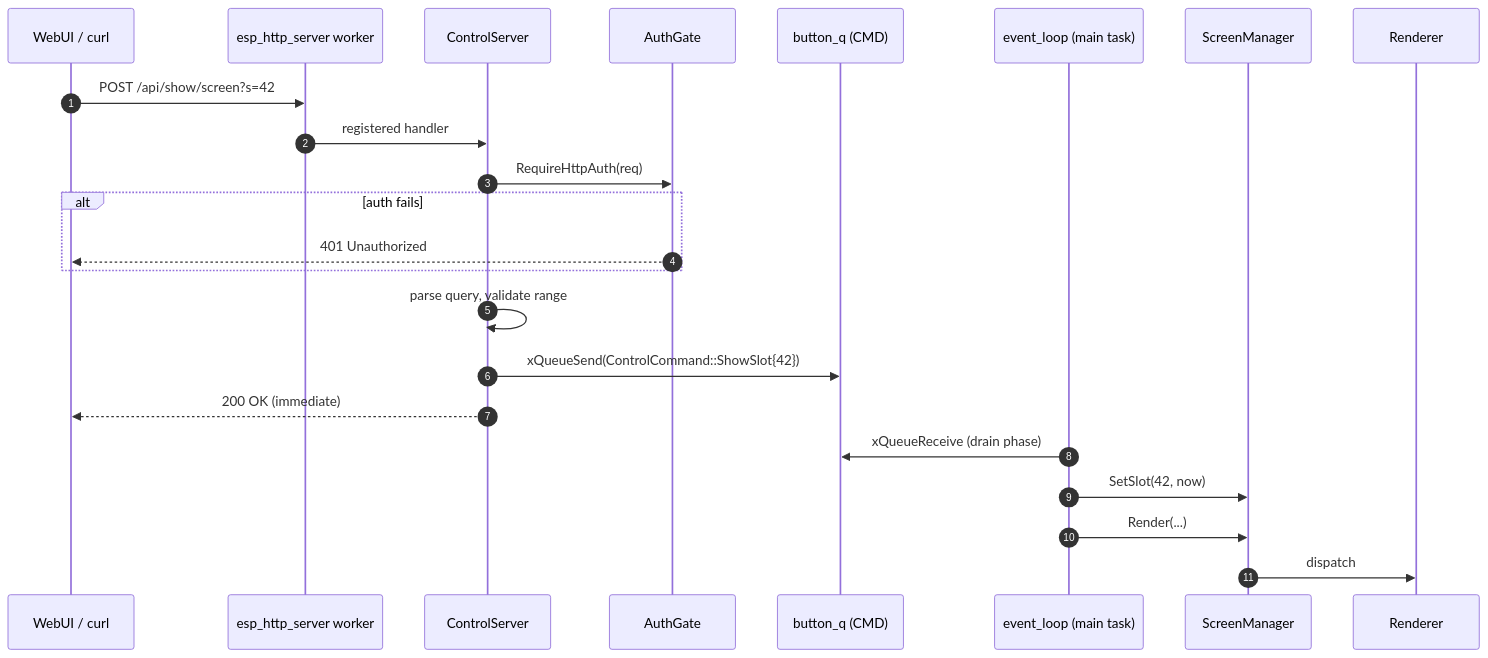
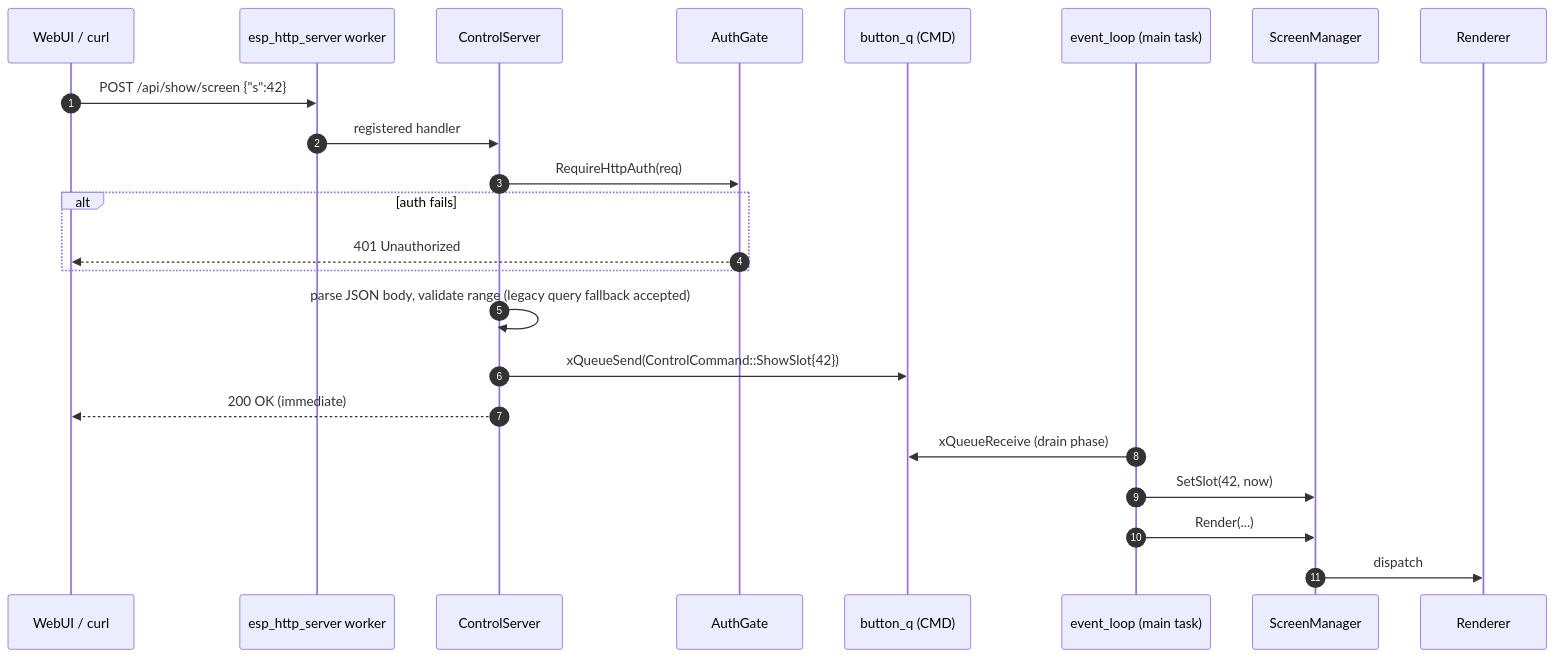
One commit to dsbaars/btclock_v4 changed diagram 11 of 15 in docs/ARCHITECTURE.md. Above: the diagram before and after it, drawn with Mermaid. The commit also changed other lines of this file and 13 other files, not shown here.

First line of the commit message:
feat(api): move POST controls to JSON bodies

````diff
--- a/docs/ARCHITECTURE.md
+++ b/docs/ARCHITECTURE.md
@@ -700,26 +701,26 @@
 ```mermaid
 sequenceDiagram
     autonumber
     participant Client as WebUI / curl
     participant HTTPD as esp_http_server worker
     participant CS as ControlServer
     participant AG as AuthGate
     participant Q as button_q (CMD)
     participant EL as event_loop (main task)
     participant SM as ScreenManager
     participant R as Renderer
 
-    Client->>HTTPD: POST /api/show/screen?s=42
+    Client->>HTTPD: POST /api/show/screen {"s":42}
     HTTPD->>CS: registered handler
     CS->>AG: RequireHttpAuth(req)
     alt auth fails
         AG-->>Client: 401 Unauthorized
     end
-    CS->>CS: parse query, validate range
+    CS->>CS: parse JSON body, validate range (legacy query fallback accepted)
     CS->>Q: xQueueSend(ControlCommand::ShowSlot{42})
     CS-->>Client: 200 OK (immediate)
     EL->>Q: xQueueReceive (drain phase)
     EL->>SM: SetSlot(42, now)
     EL->>SM: Render(...)
     SM->>R: dispatch
 ```
````
